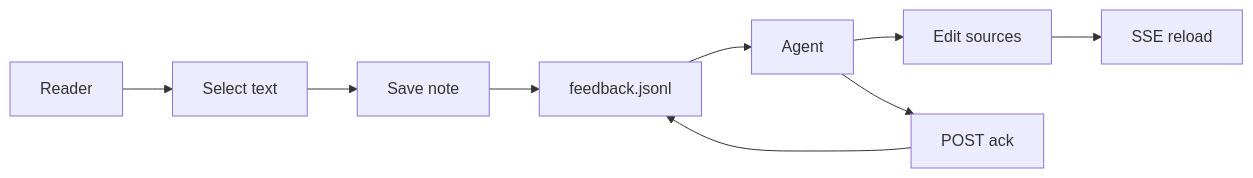
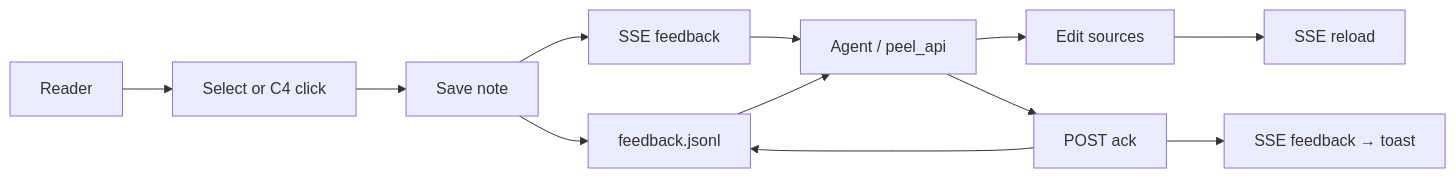
One commit to wnoronha/peel changed the diagram in docs/peel-overview.md. Above: the diagram before and after it, drawn with Mermaid. The commit also changed other lines of this file and 20 other files, not shown here.

````diff
--- a/docs/peel-overview.md
+++ b/docs/peel-overview.md
@@ -18,11 +18,14 @@
 ```mermaid
 flowchart LR
-  R[Reader] --> S[Select text]
+  R[Reader] --> S[Select or C4 click]
   S --> N[Save note]
   N --> J[feedback.jsonl]
-  J --> A[Agent]
+  N --> E1[SSE feedback]
+  E1 --> A[Agent / peel_api]
+  J --> A
   A --> E[Edit sources]
   E --> B[SSE reload]
   A --> K[POST ack]
   K --> J
+  K --> E2[SSE feedback → toast]
 ```
````
